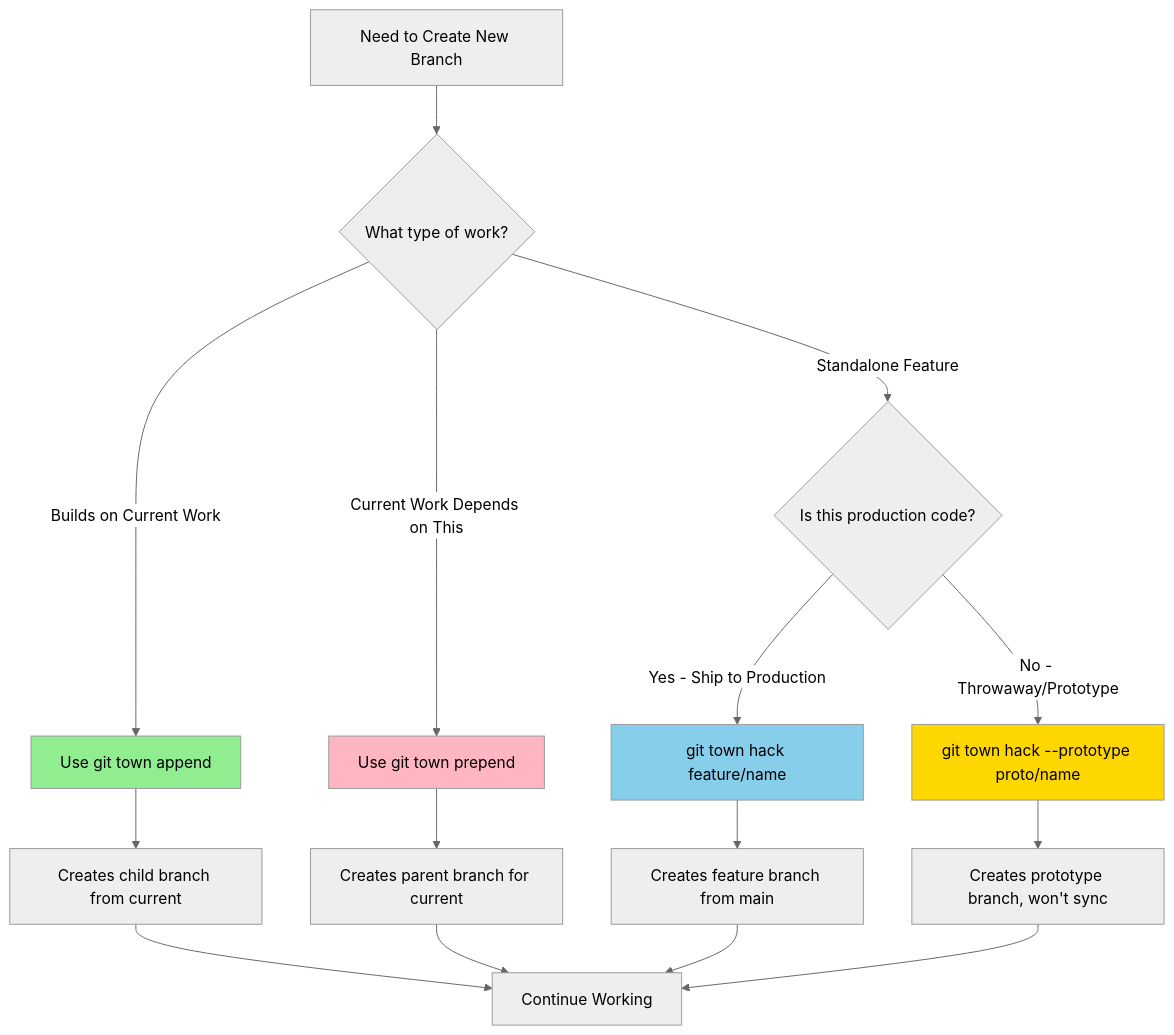
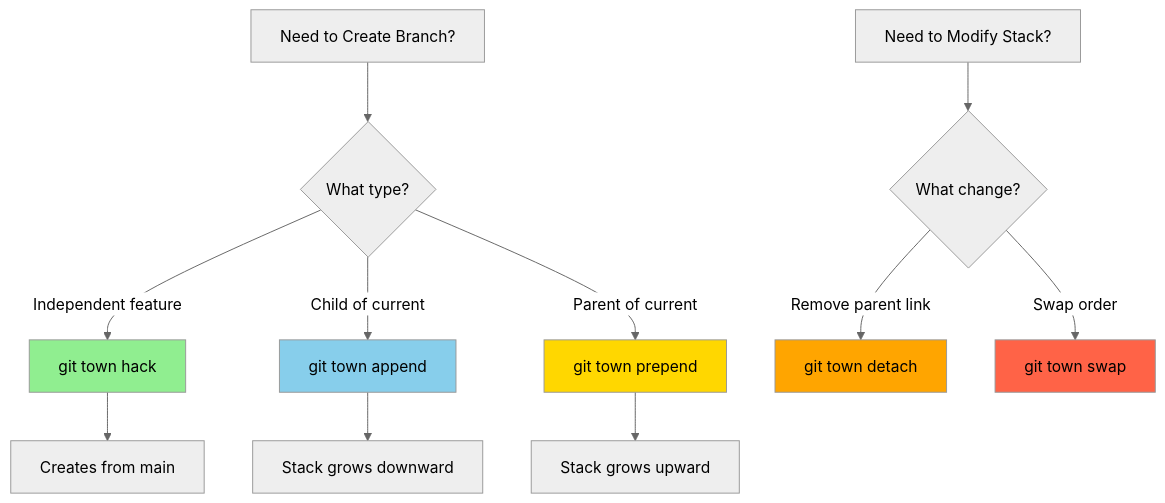
Before and after one commit to FortiumPartners/ensemble: the first of 4 diagrams in packages/git/skills/git-town/REFERENCE.md, drawn with Mermaid (neutral theme). The commit also changed other lines of this file and 1 other file, not shown here.

First line of the commit message:
refactor(git): minimize REFERENCE.md with Context7 integration

````diff
--- a/packages/git/skills/git-town/REFERENCE.md
+++ b/packages/git/skills/git-town/REFERENCE.md
@@ -919,26 +91,21 @@
 ```mermaid
 graph TD
-    A[Need to Create New Branch] --> B{What type of work?}
+    A[Need to Create Branch?] --> B{What type?}
+    B -->|Independent feature| C[git town hack]
+    B -->|Child of current| D[git town append]
+    B -->|Parent of current| E[git town prepend]
 
-    B -->|Standalone Feature| C{Is this production code?}
-    B -->|Builds on Current Work| D[Use git town append]
-    B -->|Current Work Depends on This| E[Use git town prepend]
+    C --> F[Creates from main]
+    D --> G[Stack grows downward]
+    E --> H[Stack grows upward]
 
-    C -->|Yes - Ship to Production| F[git town hack feature/name]
-    C -->|No - Throwaway/Prototype| G[git town hack --prototype proto/name]
+    I[Need to Modify Stack?] --> J{What change?}
+    J -->|Remove parent link| K[git town detach]
+    J -->|Swap order| L[git town swap]
 
-    D --> H[Creates child branch from current]
-    E --> I[Creates parent branch for current]
-    F --> J[Creates feature branch from main]
-    G --> K[Creates prototype branch, won't sync]
-
-    H --> L[Continue Working]
-    I --> L
-    J --> L
-    K --> L
-
-    style D fill:#90EE90
-    style E fill:#FFB6C1
-    style F fill:#87CEEB
-    style G fill:#FFD700
+    style C fill:#90EE90
+    style D fill:#87CEEB
+    style E fill:#FFD700
+    style K fill:#FFA500
+    style L fill:#FF6347
 ```
````
